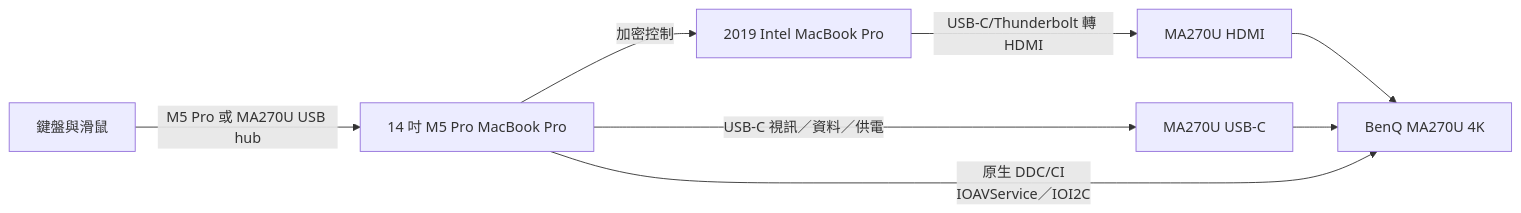
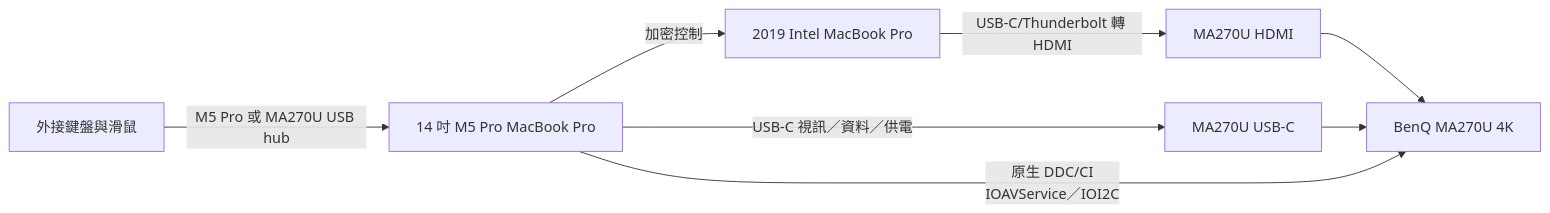
One commit to rudinyu/MacKVM changed the second of 4 diagrams in ARCHITECTURE.zh-TW.md. Above: the diagram before and after it, drawn with Mermaid. The commit also changed other lines of this file and 36 other files, not shown here.

````diff
--- a/ARCHITECTURE.zh-TW.md
+++ b/ARCHITECTURE.zh-TW.md
@@ -73,10 +73,10 @@
 ```mermaid
 flowchart LR
     Intel["2019 Intel MacBook Pro"] -->|"USB-C/Thunderbolt 轉 HDMI"| HDMI["MA270U HDMI"]
     Apple["14 吋 M5 Pro MacBook Pro"] -->|"USB-C 視訊／資料／供電"| USB["MA270U USB-C"]
     HDMI --> Monitor["BenQ MA270U 4K"]
     USB --> Monitor
-    Keyboard["鍵盤與滑鼠"] -->|"M5 Pro 或 MA270U USB hub"| Apple
+    Keyboard["外接鍵盤與滑鼠"] -->|"M5 Pro 或 MA270U USB hub"| Apple
     Apple -->|"加密控制"| Intel
     Apple -->|"原生 DDC/CI\nIOAVService／IOI2C"| Monitor
 ```
````
